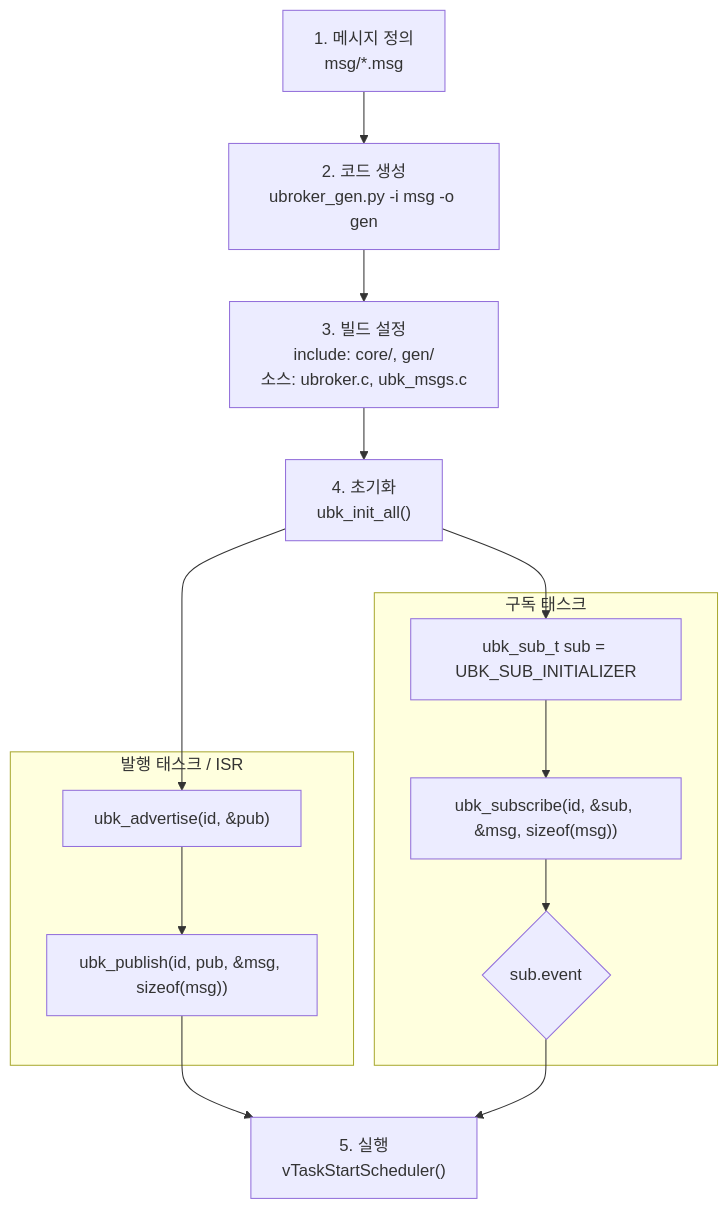
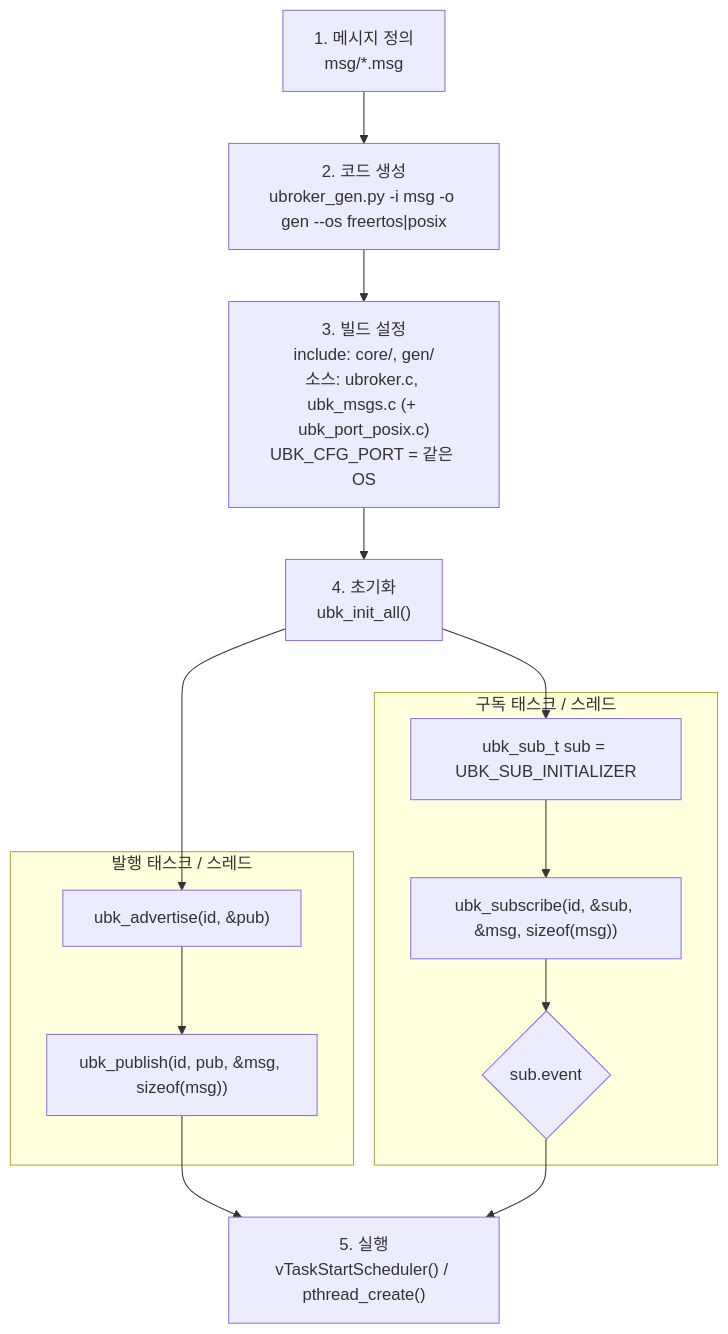
One commit to Kimbyung-wook/uBroker changed the second of 2 diagrams in README_kr.md. Above: the diagram before and after it, drawn with Mermaid. The commit also changed other lines of this file and 45 other files, not shown here.

````diff
--- a/README_kr.md
+++ b/README_kr.md
@@ -59,17 +64,17 @@
 ```mermaid
 flowchart TD
-    A["1. 메시지 정의<br/>msg/*.msg"] --> B["2. 코드 생성<br/>ubroker_gen.py -i msg -o gen"]
-    B --> C["3. 빌드 설정<br/>include: core/, gen/<br/>소스: ubroker.c, ubk_msgs.c"]
+    A["1. 메시지 정의<br/>msg/*.msg"] --> B["2. 코드 생성<br/>ubroker_gen.py -i msg -o gen --os freertos|posix"]
+    B --> C["3. 빌드 설정<br/>include: core/, gen/<br/>소스: ubroker.c, ubk_msgs.c (+ ubk_port_posix.c)<br/>UBK_CFG_PORT = 같은 OS"]
     C --> D["4. 초기화<br/>ubk_init_all()"]
     D --> P1
     D --> S1
-    subgraph PUB["발행 태스크 / ISR"]
+    subgraph PUB["발행 태스크 / 스레드"]
         P1["ubk_advertise(id, &pub)"] --> P2["ubk_publish(id, pub, &msg, sizeof(msg))"]
     end
-    subgraph SUB["구독 태스크"]
+    subgraph SUB["구독 태스크 / 스레드"]
         S1["ubk_sub_t sub = UBK_SUB_INITIALIZER"] --> S2["ubk_subscribe(id, &sub, &msg, sizeof(msg))"]
         S2 --> S3{"sub.event"}
     end
-    P2 --> E["5. 실행<br/>vTaskStartScheduler()"]
+    P2 --> E["5. 실행<br/>vTaskStartScheduler() / pthread_create()"]
     S3 --> E
 ```
````
